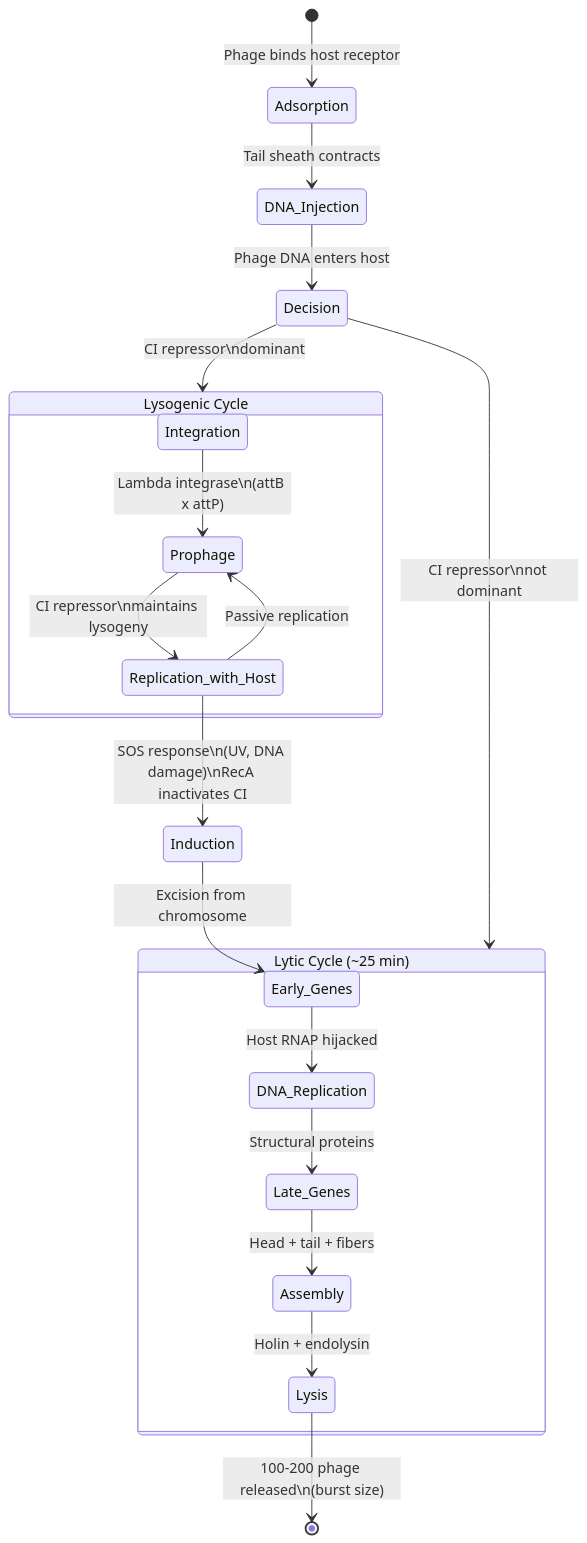
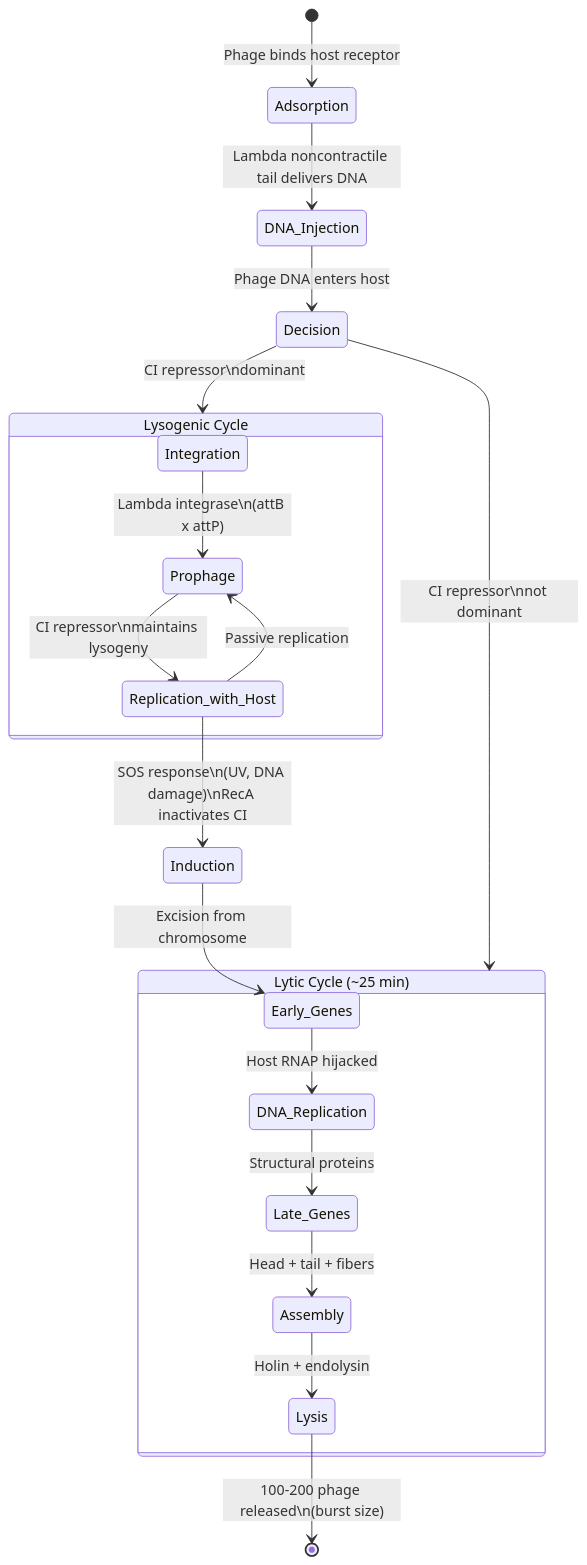
Before and after one commit to docxology/biology_textbook: the fifth of 9 diagrams in docs/manuscript/unit_VII/bacteria_archaea_viruses.md, drawn with Mermaid. The commit also changed other lines of this file and 444 other files, not shown here.

````diff
--- a/docs/manuscript/unit_VII/bacteria_archaea_viruses.md
+++ b/docs/manuscript/unit_VII/bacteria_archaea_viruses.md
@@ -566,27 +566,27 @@
 ```mermaid
 stateDiagram-v2
     [*] --> Adsorption: Phage binds host receptor
-    Adsorption --> DNA_Injection: Tail sheath contracts
+    Adsorption --> DNA_Injection: Lambda noncontractile tail delivers DNA
     DNA_Injection --> Decision: Phage DNA enters host
 
     state Decision <<choice>>
     Decision --> Lytic_Pathway: CI repressor\nnot dominant
     Decision --> Lysogenic_Pathway: CI repressor\ndominant
 
     state "Lytic Cycle (~25 min)" as Lytic_Pathway {
         Early_Genes --> DNA_Replication: Host RNAP hijacked
         DNA_Replication --> Late_Genes: Structural proteins
         Late_Genes --> Assembly: Head + tail + fibers
         Assembly --> Lysis: Holin + endolysin
     }
 
     state "Lysogenic Cycle" as Lysogenic_Pathway {
         Integration --> Prophage: Lambda integrase\n(attB x attP)
         Prophage --> Replication_with_Host: CI repressor\nmaintains lysogeny
         Replication_with_Host --> Prophage: Passive replication
     }
 
     Lysis --> [*]: 100-200 phage released\n(burst size)
     Replication_with_Host --> Induction: SOS response\n(UV, DNA damage)\nRecA inactivates CI
     Induction --> Early_Genes: Excision from chromosome
 ```
````
